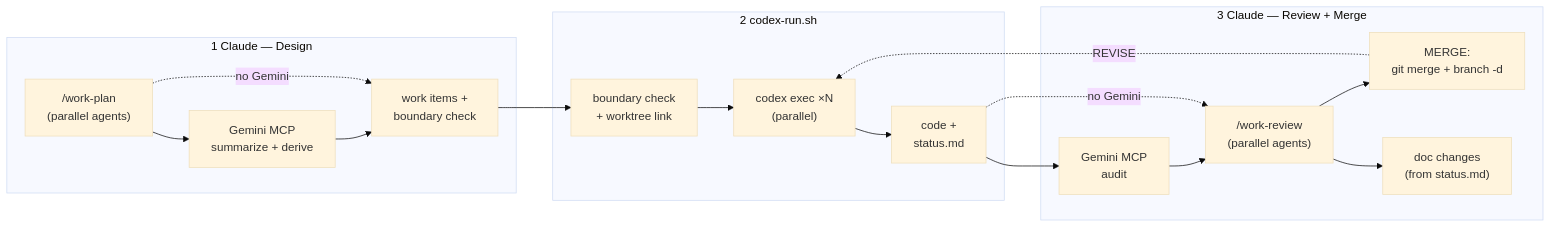
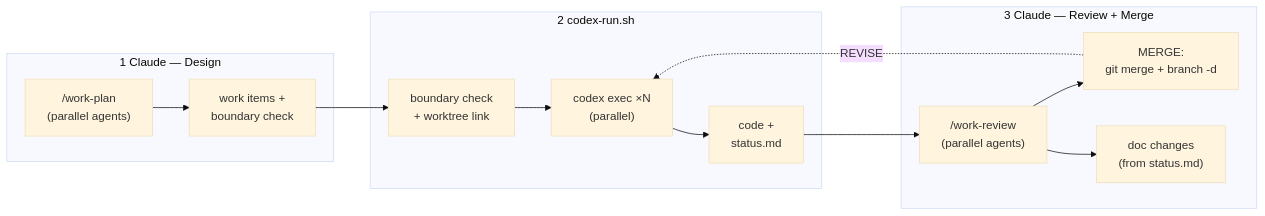
The diagram in docs/collab-workflow.md (aanna0701/claude-useful-instructions), drawn with Mermaid (base theme) before and after one commit. The commit also changed other lines of this file and 13 other files, not shown here.

````diff
--- a/docs/collab-workflow.md
+++ b/docs/collab-workflow.md
@@ -38,24 +37,20 @@
 ```mermaid
 graph LR
     subgraph "1 Claude — Design"
-        A["/work-plan\n(parallel agents)"] --> G1["Gemini MCP\nsummarize + derive"]
-        G1 --> B["work items +\nboundary check"]
-        A -.->|no Gemini| B
+        A["/work-plan\n(parallel agents)"] --> B["work items +\nboundary check"]
     end
 
     subgraph "2 codex-run.sh"
         B --> BC["boundary check\n+ worktree link"]
         BC --> D["codex exec ×N\n(parallel)"]
         D --> E["code +\nstatus.md"]
     end
 
     subgraph "3 Claude — Review + Merge"
-        E --> G2["Gemini MCP\naudit"]
-        G2 --> F["/work-review\n(parallel agents)"]
-        E -.->|no Gemini| F
+        E --> F["/work-review\n(parallel agents)"]
         F --> H["MERGE:\ngit merge + branch -d"]
         F --> DOC["doc changes\n(from status.md)"]
     end
 
     H -.->|REVISE| D
 ```
````
